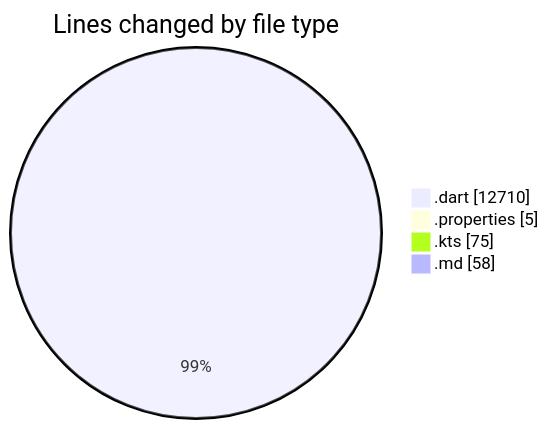
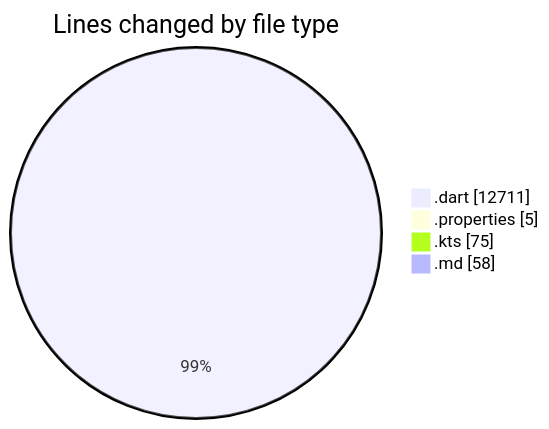
The first of 2 diagrams in 2025-08-25/studybuddy/README.md (lephambinh05/code-tracking), drawn with Mermaid before and after one commit. The commit also changed other lines of this file and 1 other file, not shown here.

````diff
--- a/2025-08-25/studybuddy/README.md
+++ b/2025-08-25/studybuddy/README.md
@@ -57,8 +57,8 @@
 ```mermaid
 pie showData
 title Lines changed by file type
-".dart" : 12710
+".dart" : 12711
 ".properties" : 5
 ".kts" : 75
 ".md" : 58
 ```
````
